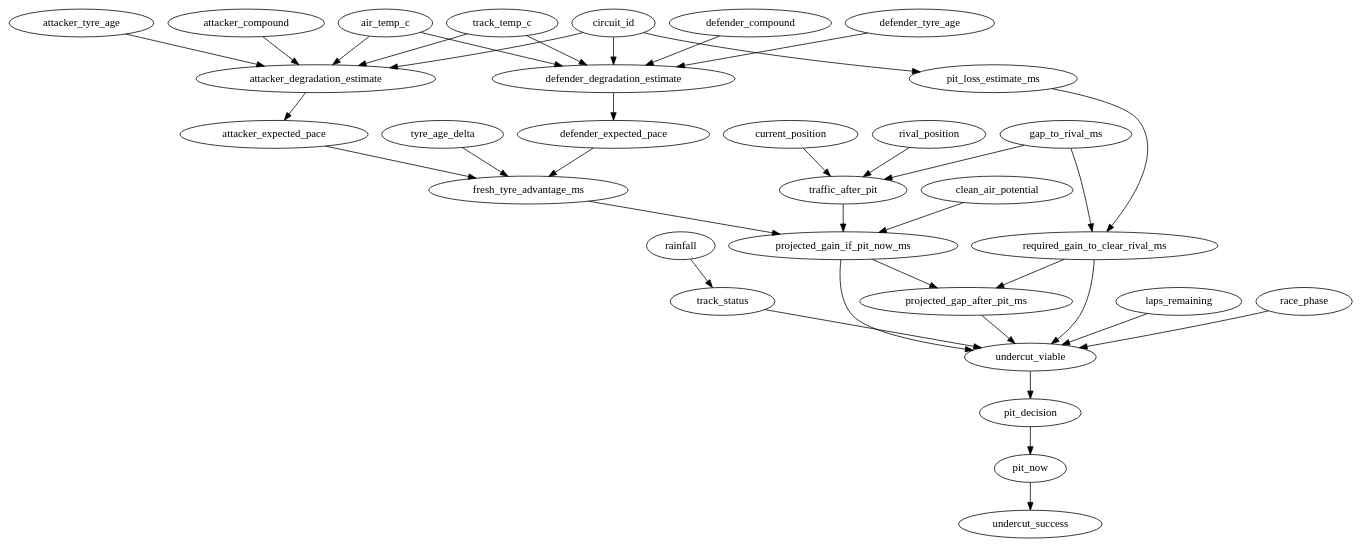
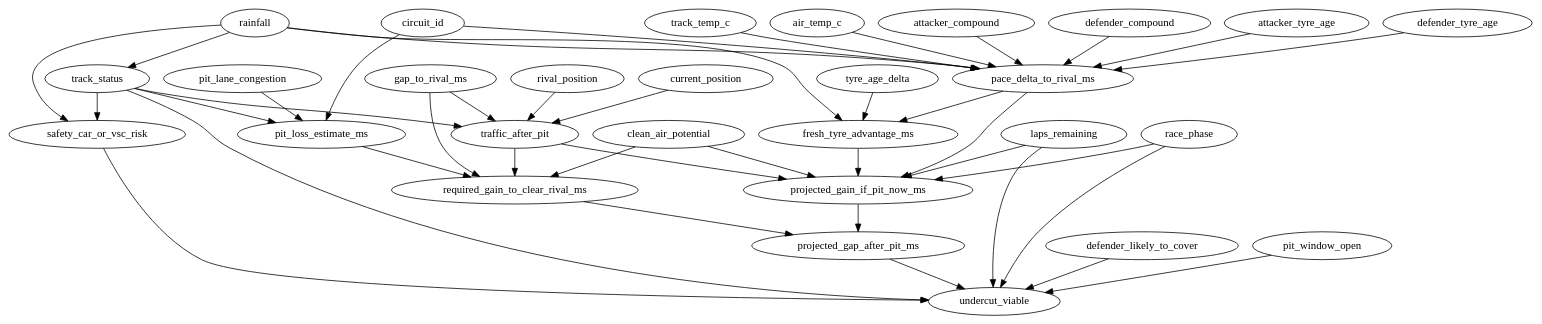
Before and after one commit to reginacabralc/f1_strategy_engine: the diagram in docs/CAUSAL_MODEL.md, drawn with Graphviz. The commit also changed other lines of this file and 32 other files, not shown here.

````diff
--- a/docs/CAUSAL_MODEL.md
+++ b/docs/CAUSAL_MODEL.md
@@ -298,40 +335,44 @@
 ```dot
 digraph causal_undercut_viability {
   "circuit_id" -> "pit_loss_estimate_ms";
-  "circuit_id" -> "attacker_degradation_estimate";
-  "circuit_id" -> "defender_degradation_estimate";
-  "track_temp_c" -> "attacker_degradation_estimate";
-  "track_temp_c" -> "defender_degradation_estimate";
-  "air_temp_c" -> "attacker_degradation_estimate";
-  "air_temp_c" -> "defender_degradation_estimate";
+  "circuit_id" -> "pace_delta_to_rival_ms";
+  "track_temp_c" -> "pace_delta_to_rival_ms";
+  "air_temp_c" -> "pace_delta_to_rival_ms";
   "rainfall" -> "track_status";
+  "rainfall" -> "pace_delta_to_rival_ms";
+  "rainfall" -> "fresh_tyre_advantage_ms";
+  "rainfall" -> "safety_car_or_vsc_risk";
   "track_status" -> "undercut_viable";
-  "attacker_compound" -> "attacker_degradation_estimate";
-  "defender_compound" -> "defender_degradation_estimate";
-  "attacker_tyre_age" -> "attacker_degradation_estimate";
-  "defender_tyre_age" -> "defender_degradation_estimate";
+  "track_status" -> "pit_loss_estimate_ms";
+  "track_status" -> "traffic_after_pit";
+  "track_status" -> "safety_car_or_vsc_risk";
+  "attacker_compound" -> "pace_delta_to_rival_ms";
+  "defender_compound" -> "pace_delta_to_rival_ms";
+  "attacker_tyre_age" -> "pace_delta_to_rival_ms";
+  "defender_tyre_age" -> "pace_delta_to_rival_ms";
   "tyre_age_delta" -> "fresh_tyre_advantage_ms";
-  "attacker_degradation_estimate" -> "attacker_expected_pace";
-  "defender_degradation_estimate" -> "defender_expected_pace";
-  "attacker_expected_pace" -> "fresh_tyre_advantage_ms";
-  "defender_expected_pace" -> "fresh_tyre_advantage_ms";
+  "pace_delta_to_rival_ms" -> "fresh_tyre_advantage_ms";
+  "pace_delta_to_rival_ms" -> "projected_gain_if_pit_now_ms";
   "fresh_tyre_advantage_ms" -> "projected_gain_if_pit_now_ms";
   "traffic_after_pit" -> "projected_gain_if_pit_now_ms";
   "clean_air_potential" -> "projected_gain_if_pit_now_ms";
+  "laps_remaining" -> "projected_gain_if_pit_now_ms";
+  "race_phase" -> "projected_gain_if_pit_now_ms";
   "gap_to_rival_ms" -> "required_gain_to_clear_rival_ms";
   "pit_loss_estimate_ms" -> "required_gain_to_clear_rival_ms";
+  "traffic_after_pit" -> "required_gain_to_clear_rival_ms";
+  "clean_air_potential" -> "required_gain_to_clear_rival_ms";
   "required_gain_to_clear_rival_ms" -> "projected_gap_after_pit_ms";
   "projected_gain_if_pit_now_ms" -> "projected_gap_after_pit_ms";
   "projected_gap_after_pit_ms" -> "undercut_viable";
-  "required_gain_to_clear_rival_ms" -> "undercut_viable";
-  "projected_gain_if_pit_now_ms" -> "undercut_viable";
+  "defender_likely_to_cover" -> "undercut_viable";
+  "pit_window_open" -> "undercut_viable";
+  "safety_car_or_vsc_risk" -> "undercut_viable";
   "laps_remaining" -> "undercut_viable";
   "race_phase" -> "undercut_viable";
   "current_position" -> "traffic_after_pit";
   "rival_position" -> "traffic_after_pit";
   "gap_to_rival_ms" -> "traffic_after_pit";
-  "undercut_viable" -> "pit_decision";
-  "pit_decision" -> "pit_now";
-  "pit_now" -> "undercut_success";
+  "pit_lane_congestion" -> "pit_loss_estimate_ms";
 }
 ```
````
